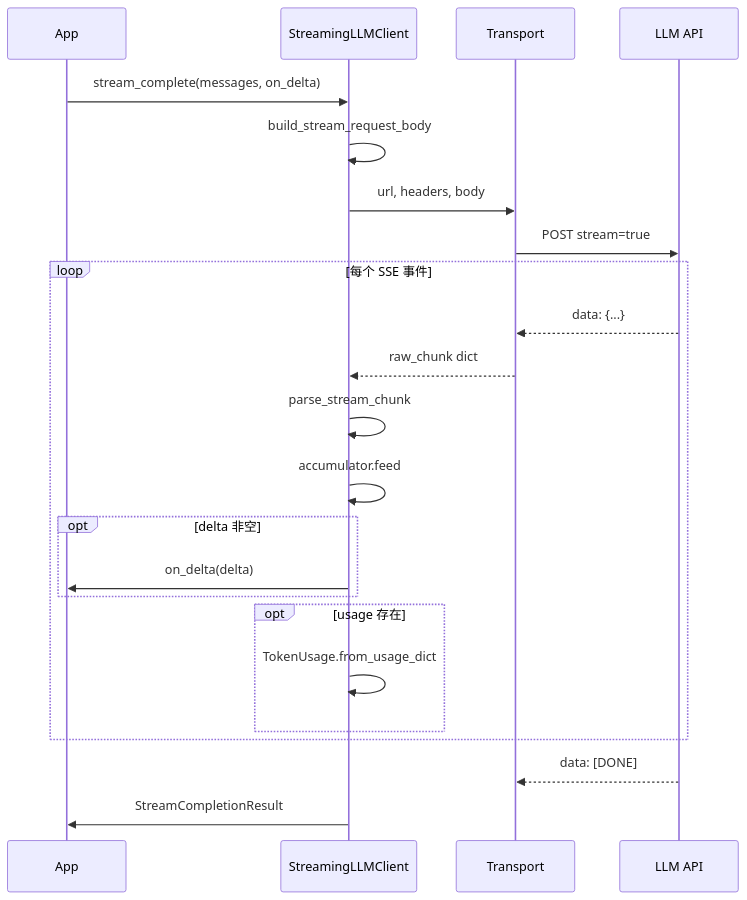
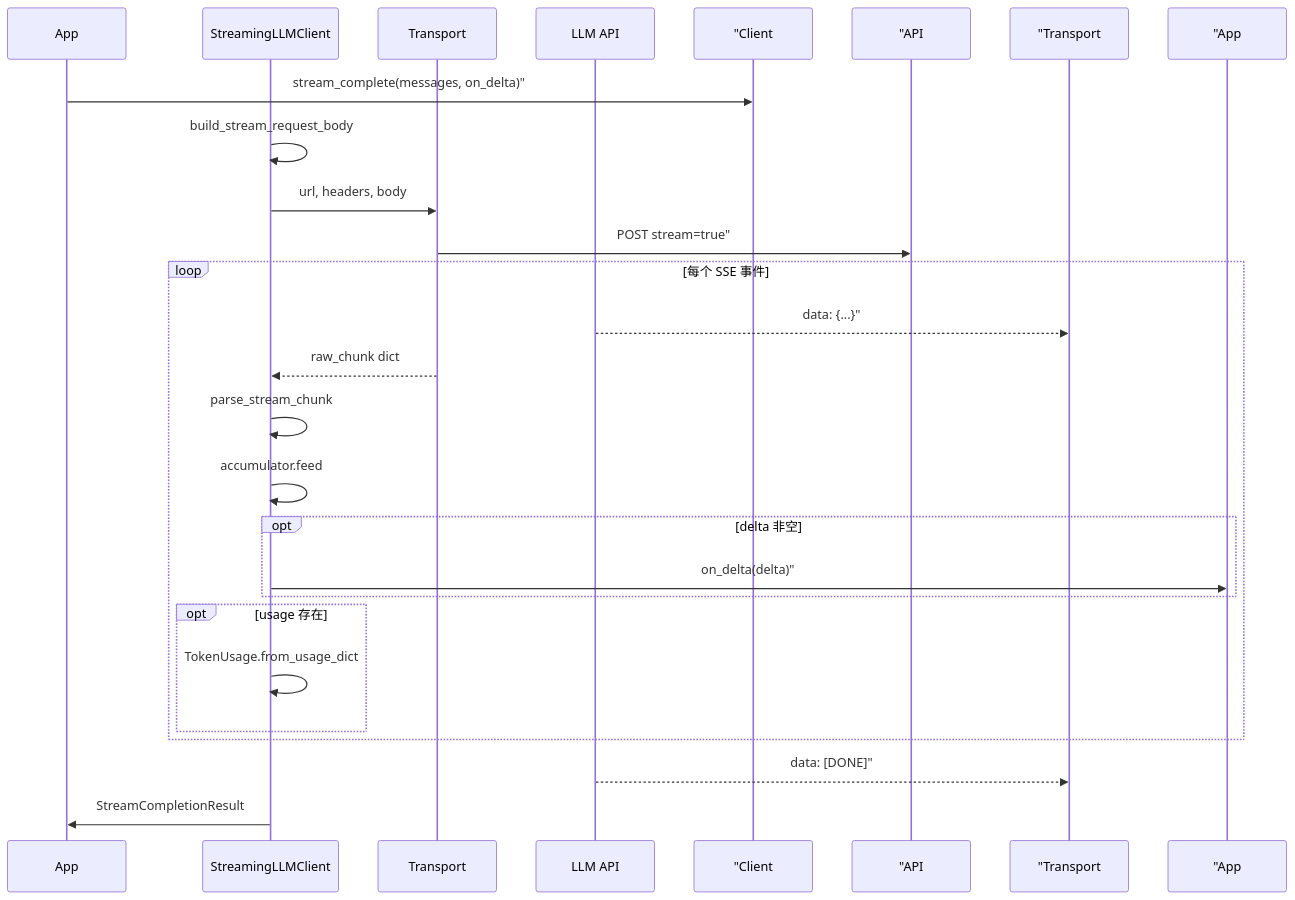
Before and after one commit to ab6539763/70_days_course_plus: the second of 2 diagrams in course/day16/03_架构设计.md, drawn with Mermaid. The commit also changed 134 other files, not shown here.

````diff
--- a/course/day16/03_架构设计.md
+++ b/course/day16/03_架构设计.md
@@ -54,26 +54,26 @@
 ```mermaid
 sequenceDiagram
     participant App
     participant Client as StreamingLLMClient
     participant Transport
     participant API as LLM API
 
-    App->>Client: stream_complete(messages, on_delta)
+    App->> "Client: stream_complete(messages, on_delta)"
     Client->>Client: build_stream_request_body
     Client->>Transport: url, headers, body
-    Transport->>API: POST stream=true
+    Transport->> "API: POST stream=true"
     loop 每个 SSE 事件
-        API-->>Transport: data: {...}
+        API-->> "Transport: data: {...}"
         Transport-->>Client: raw_chunk dict
         Client->>Client: parse_stream_chunk
         Client->>Client: accumulator.feed
         opt delta 非空
-            Client->>App: on_delta(delta)
+            Client->> "App: on_delta(delta)"
         end
         opt usage 存在
             Client->>Client: TokenUsage.from_usage_dict
         end
     end
-    API-->>Transport: data: [DONE]
+    API-->> "Transport: data: [DONE]"
     Client->>App: StreamCompletionResult
 ```
````
